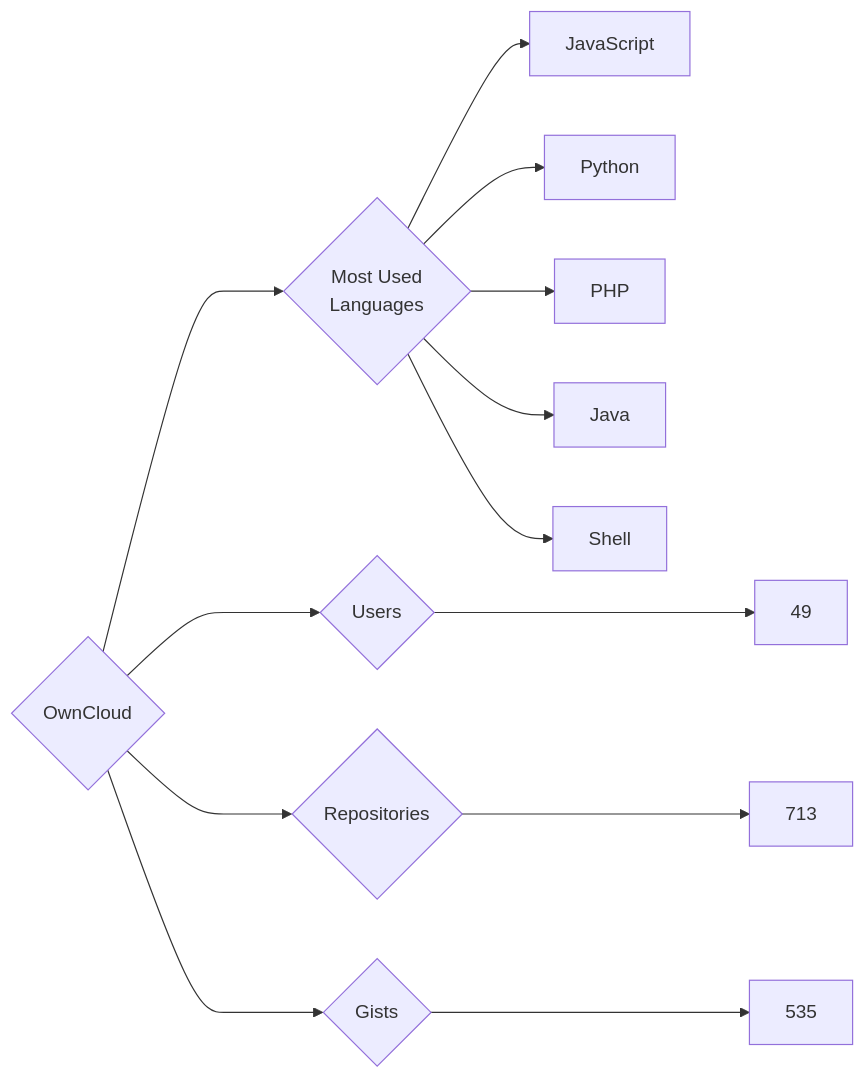
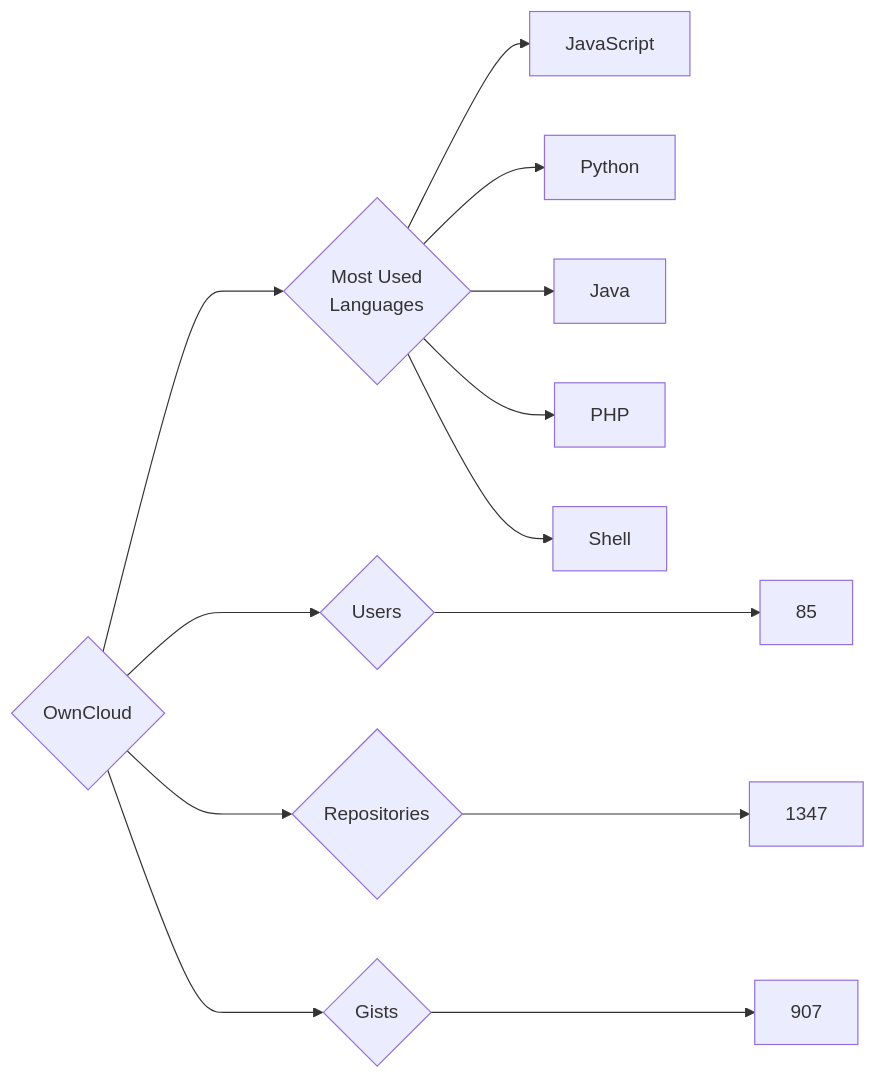
Before and after one commit to trickest/insiders: the diagram in targets/OwnCloud/README.md, drawn with Mermaid. The commit also changed 794 other files, not shown here.

````diff
--- a/targets/OwnCloud/README.md
+++ b/targets/OwnCloud/README.md
@@ -3,13 +3,13 @@
 ```mermaid
 graph LR
 COMPANY_NAME{OwnCloud}
-COMPANY_NAME ---> U{Users} ---> UN[49]
-COMPANY_NAME ---> R{Repositories} ---> RN[713]
-COMPANY_NAME ---> G{Gists} ---> GN[535]
+COMPANY_NAME ---> U{Users} ---> UN[85]
+COMPANY_NAME ---> R{Repositories} ---> RN[1347]
+COMPANY_NAME ---> G{Gists} ---> GN[907]
 COMPANY_NAME ---> ML{Most Used<br>Languages}
 ML --> JavaScript[JavaScript]
 ML --> Python[Python]
+ML --> Java[Java]
 ML --> PHP[PHP]
-ML --> Java[Java]
 ML --> Shell[Shell]
 ```
````
